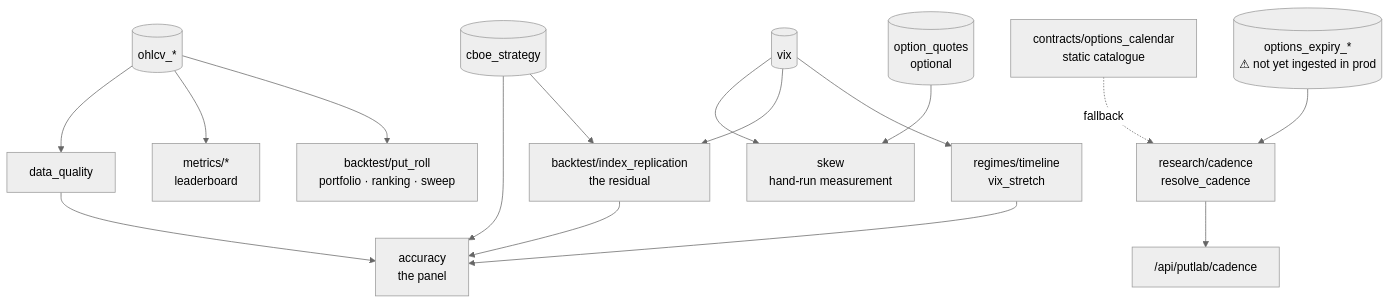
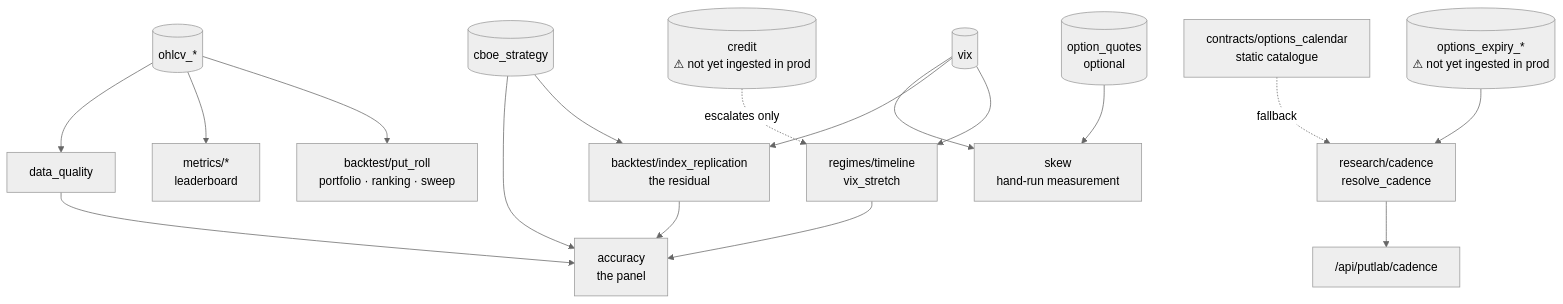
The second of 2 diagrams in docs/DATA_FLOW.md (diomavro/tail-lab), drawn with Mermaid (neutral theme) before and after one commit. The commit also changed other lines of this file and 7 other files, not shown here.

````diff
--- a/docs/DATA_FLOW.md
+++ b/docs/DATA_FLOW.md
@@ -162,25 +188,27 @@
 ```mermaid
 flowchart TB
     VIX[("vix")]
     STRAT[("cboe_strategy")]
     OHLCV[("ohlcv_*")]
     EXP[("options_expiry_*<br/>⚠ not yet ingested in prod")]
+    CREDIT[("credit<br/>⚠ not yet ingested in prod")]
     QUOTES[("option_quotes<br/>optional")]
 
     VIX --> REGIME["regimes/timeline<br/>vix_stretch"]
+    CREDIT -.escalates only.-> REGIME
     VIX --> REPL["backtest/index_replication<br/>the residual"]
     STRAT --> REPL
     OHLCV --> ROLL["backtest/put_roll<br/>portfolio · ranking · sweep"]
     OHLCV --> METRICS["metrics/*<br/>leaderboard"]
     OHLCV --> DQ["data_quality"]
     EXP --> CADENCE["research/cadence<br/>resolve_cadence"]
     STATIC2["contracts/options_calendar<br/>static catalogue"] -.fallback.-> CADENCE
     CADENCE --> CADENCEAPI["/api/putlab/cadence"]
     QUOTES --> SKEW["skew<br/>hand-run measurement"]
     VIX --> SKEW
 
     REPL --> ACC["accuracy<br/>the panel"]
     REGIME --> ACC
     STRAT --> ACC
     DQ --> ACC
 ```
````
